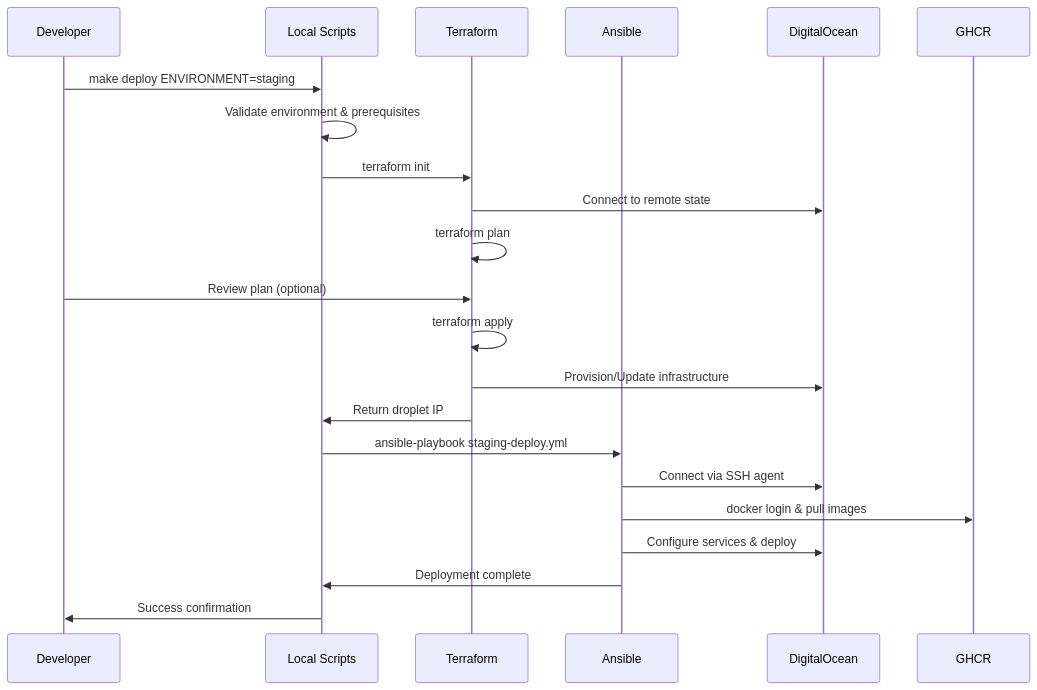
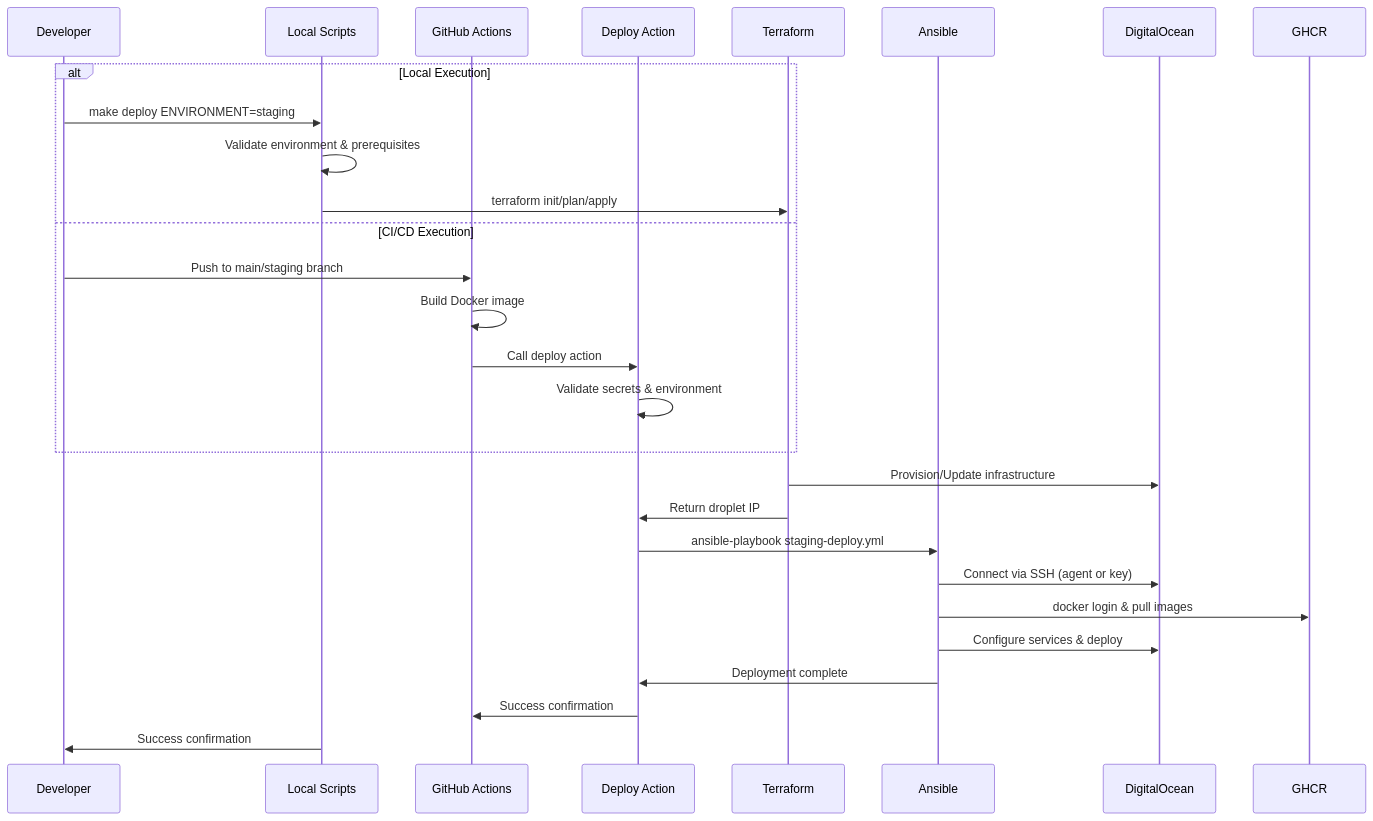
Before and after one commit to bxmty/dotca: the second of 2 diagrams in docs/local-development-setup.md, drawn with Mermaid. The commit also changed other lines of this file and 2 other files, not shown here.

Commit message:
local developer action implementaion

````diff
--- a/docs/local-development-setup.md
+++ b/docs/local-development-setup.md
@@ -238,29 +242,34 @@
 ```mermaid
 sequenceDiagram
     participant Dev as Developer
     participant Local as Local Scripts
+    participant CI_CD as GitHub Actions
+    participant Deploy_Action as Deploy Action
     participant TF as Terraform
     participant Ansible as Ansible
     participant DO as DigitalOcean
     participant Registry as GHCR
 
-    Dev->>Local: make deploy ENVIRONMENT=staging
-    Local->>Local: Validate environment & prerequisites
-
-    Local->>TF: terraform init
-    TF->>DO: Connect to remote state
-    TF->>TF: terraform plan
-    Dev->>TF: Review plan (optional)
-    TF->>TF: terraform apply
+    alt Local Execution
+        Dev->>Local: make deploy ENVIRONMENT=staging
+        Local->>Local: Validate environment & prerequisites
+        Local->>TF: terraform init/plan/apply
+    else CI/CD Execution
+        Dev->>CI_CD: Push to main/staging branch
+        CI_CD->>CI_CD: Build Docker image
+        CI_CD->>Deploy_Action: Call deploy action
+        Deploy_Action->>Deploy_Action: Validate secrets & environment
+    end
 
     TF->>DO: Provision/Update infrastructure
-    TF->>Local: Return droplet IP
+    TF->>Deploy_Action: Return droplet IP
 
-    Local->>Ansible: ansible-playbook staging-deploy.yml
-    Ansible->>DO: Connect via SSH agent
+    Deploy_Action->>Ansible: ansible-playbook staging-deploy.yml
+    Ansible->>DO: Connect via SSH (agent or key)
     Ansible->>Registry: docker login & pull images
     Ansible->>DO: Configure services & deploy
 
-    Ansible->>Local: Deployment complete
+    Ansible->>Deploy_Action: Deployment complete
+    Deploy_Action->>CI_CD: Success confirmation
     Local->>Dev: Success confirmation
 ```
````
